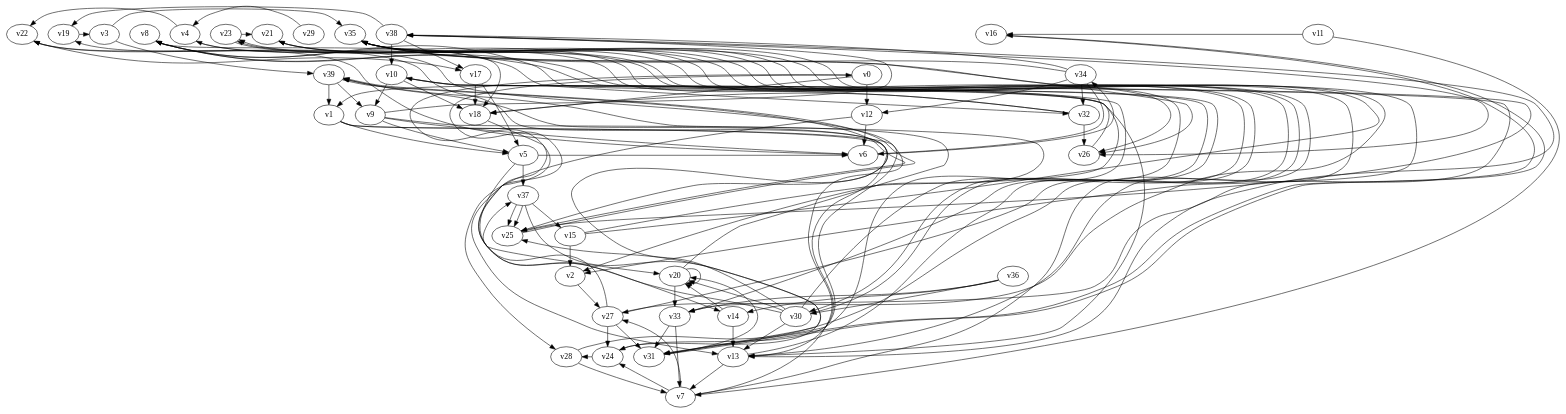
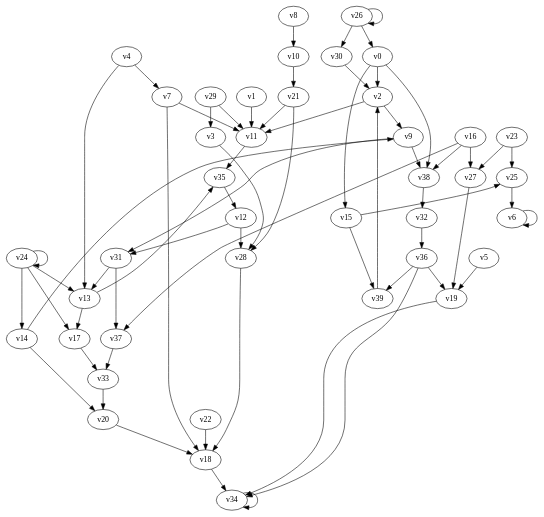
One commit to petejaustin/temporis changed the diagram in temporis_games/test058.dot. Above: the diagram before and after it, drawn with Graphviz. The commit also changed 313 other files, not shown here.

Commit message:
updated to work with all new architecture

```diff
--- a/temporis_games/test058.dot
+++ b/temporis_games/test058.dot
@@ -1,148 +1,109 @@
 // Benchmark game 58 - 40 vertices
+// time_bound: 8
+// targets: v19
 digraph G {
-    v0 [name="v0", player=0];
-    v1 [name="v1", player=1];
-    v2 [name="v2", player=0];
+    v0 [name="v0", player=1];
+    v1 [name="v1", player=0];
+    v2 [name="v2", player=1];
     v3 [name="v3", player=1];
     v4 [name="v4", player=1];
-    v5 [name="v5", player=1];
+    v5 [name="v5", player=0];
     v6 [name="v6", player=0];
     v7 [name="v7", player=1];
     v8 [name="v8", player=1];
-    v9 [name="v9", player=0, target=1];
+    v9 [name="v9", player=0];
     v10 [name="v10", player=0];
-    v11 [name="v11", player=1, target=1];
-    v12 [name="v12", player=1, target=1];
+    v11 [name="v11", player=1];
+    v12 [name="v12", player=0];
     v13 [name="v13", player=1];
-    v14 [name="v14", player=1, target=1];
+    v14 [name="v14", player=1];
     v15 [name="v15", player=0];
-    v16 [name="v16", player=0, target=1];
-    v17 [name="v17", player=1];
+    v16 [name="v16", player=1];
+    v17 [name="v17", player=0];
     v18 [name="v18", player=0];
-    v19 [name="v19", player=1];
-    v20 [name="v20", player=0];
+    v19 [name="v19", player=0, target=1];
+    v20 [name="v20", player=1];
     v21 [name="v21", player=0];
     v22 [name="v22", player=0];
-    v23 [name="v23", player=1];
+    v23 [name="v23", player=0];
     v24 [name="v24", player=0];
-    v25 [name="v25", player=1];
+    v25 [name="v25", player=0];
     v26 [name="v26", player=1];
     v27 [name="v27", player=1];
-    v28 [name="v28", player=0];
-    v29 [name="v29", player=1];
-    v30 [name="v30", player=0, target=1];
-    v31 [name="v31", player=1, target=1];
+    v28 [name="v28", player=1];
+    v29 [name="v29", player=0];
+    v30 [name="v30", player=1];
+    v31 [name="v31", player=0];
     v32 [name="v32", player=0];
-    v33 [name="v33", player=1];
-    v34 [name="v34", player=0];
+    v33 [name="v33", player=0];
+    v34 [name="v34", player=1];
     v35 [name="v35", player=0];
     v36 [name="v36", player=0];
-    v37 [name="v37", player=0];
+    v37 [name="v37", player=1];
     v38 [name="v38", player=0];
-    v39 [name="v39", player=1];
+    v39 [name="v39", player=0];
 
-    v0 -> v18;
-    v1 -> v5 [constraint="(time >= 4) && (time <= 15)"];
-    v2 -> v27;
-    v3 -> v35 [constraint="time % 3 == 0"];
-    v4 -> v26 [constraint="time % 6 == 3"];
-    v5 -> v37;
-    v6 -> v22 [constraint="time == 5"];
-    v7 -> v19 [constraint="time >= 15"];
-    v8 -> v18 [constraint="time % 5 == 3"];
-    v9 -> v38 [constraint="time == 15"];
-    v10 -> v18;
-    v11 -> v7 [constraint="(time >= 5) && (time <= 21)"];
-    v12 -> v28 [constraint="time == 13"];
-    v13 -> v7;
-    v14 -> v20 [constraint="time % 4 == 3"];
-    v15 -> v8 [constraint="time >= 8"];
-    v16 -> v31 [constraint="time % 3 == 0"];
-    v17 -> v18;
-    v18 -> v13 [constraint="time <= 18"];
-    v19 -> v3 [constraint="time % 4 == 2"];
-    v20 -> v20 [constraint="time == 14"];
-    v21 -> v27 [constraint="time == 1"];
-    v22 -> v17 [constraint="time == 7"];
-    v23 -> v21 [constraint="time % 2 == 1"];
-    v24 -> v28 [constraint="time == 18"];
-    v25 -> v10 [constraint="time % 2 == 1"];
-    v26 -> v8 [constraint="time % 2 == 0"];
-    v27 -> v24;
-    v28 -> v21 [constraint="time <= 22"];
-    v29 -> v4 [constraint="time % 6 == 1"];
-    v30 -> v23 [constraint="time % 3 == 2"];
-    v31 -> v25 [constraint="time <= 12"];
-    v32 -> v18 [constraint="time >= 15"];
-    v33 -> v23 [constraint="time == 6"];
-    v34 -> v35 [constraint="time >= 1"];
-    v35 -> v2 [constraint="time >= 13"];
-    v36 -> v33;
-    v37 -> v25 [constraint="time >= 1"];
-    v38 -> v10;
-    v39 -> v1;
-    v15 -> v2;
-    v7 -> v24 [constraint="time % 3 == 2"];
-    v17 -> v5;
-    v32 -> v26;
-    v34 -> v38 [constraint="time <= 8"];
-    v37 -> v25;
-    v38 -> v19 [constraint="time >= 7"];
-    v32 -> v1 [constraint="time == 14"];
-    v12 -> v6;
-    v36 -> v30 [constraint="time == 13"];
-    v5 -> v14 [constraint="(time >= 8) && (time <= 19)"];
-    v34 -> v32;
-    v1 -> v31 [constraint="time >= 6"];
-    v34 -> v6 [constraint="time == 18"];
-    v1 -> v25 [constraint="time >= 8"];
-    v23 -> v30 [constraint="time % 4 == 2"];
-    v9 -> v5;
-    v10 -> v13 [constraint="time <= 20"];
-    v37 -> v15;
-    v25 -> v39 [constraint="time >= 9"];
-    v36 -> v14;
-    v31 -> v16 [constraint="time == 10"];
-    v9 -> v2 [constraint="time == 18"];
-    v38 -> v26 [constraint="time <= 13"];
-    v13 -> v35 [constraint="time >= 9"];
-    v31 -> v20 [constraint="(time % 3 == 1) || (time % 5 == 2)"];
-    v5 -> v6 [constraint="time == 2"];
-    v24 -> v8 [constraint="time >= 3"];
-    v33 -> v7;
-    v28 -> v7;
-    v27 -> v31;
-    v33 -> v31;
-    v35 -> v26 [constraint="time == 9"];
-    v7 -> v27 [constraint="(time >= 5) && (time <= 23)"];
-    v20 -> v39 [constraint="time <= 23"];
-    v10 -> v9;
-    v13 -> v39 [constraint="(time % 4 == 1) || (time % 4 == 1)"];
-    v13 -> v21 [constraint="time <= 9"];
-    v10 -> v33 [constraint="time >= 8"];
-    v0 -> v20 [constraint="time == 4"];
-    v30 -> v4 [constraint="(time % 4 == 0) || (time % 3 == 2)"];
-    v6 -> v34 [constraint="time == 3"];
-    v3 -> v39 [constraint="time == 5"];
-    v4 -> v22 [constraint="time % 3 == 1"];
-    v0 -> v12;
-    v27 -> v37 [constraint="time >= 6"];
-    v39 -> v25 [constraint="time <= 22"];
-    v34 -> v12;
-    v9 -> v6 [constraint="time >= 5"];
-    v11 -> v16 [constraint="time % 3 == 2"];
-    v37 -> v24 [constraint="time == 18"];
-    v38 -> v17 [constraint="(time >= 10) && (time <= 25)"];
-    v30 -> v13;
-    v14 -> v13;
-    v39 -> v9;
-    v30 -> v0 [constraint="time == 1"];
-    v8 -> v32 [constraint="time >= 7"];
-    v30 -> v20 [constraint="time == 3"];
-    v15 -> v35 [constraint="time == 12"];
-    v30 -> v22 [constraint="time == 16"];
-    v20 -> v33;
-    v38 -> v13 [constraint="(time >= 5) && (time <= 17)"];
-    v27 -> v35 [constraint="time == 8"];
-    v7 -> v35 [constraint="time <= 25"];
+    v0 -> v38;
+    v1 -> v11;
+    v2 -> v11;
+    v3 -> v28 [constraint="t >= 5"];
+    v4 -> v7;
+    v5 -> v19;
+    v6 -> v6;
+    v7 -> v11;
+    v8 -> v10;
+    v9 -> v31 [constraint="t >= 5"];
+    v10 -> v21;
+    v11 -> v35;
+    v12 -> v28;
+    v13 -> v35 [constraint="t >= 3"];
+    v14 -> v9 [constraint="t < 8"];
+    v15 -> v25 [constraint="t >= 4"];
+    v16 -> v37 [constraint="t mod 2 == 1"];
+    v17 -> v33;
+    v18 -> v34;
+    v19 -> v34;
+    v20 -> v18;
+    v21 -> v28;
+    v22 -> v18;
+    v23 -> v27;
+    v24 -> v24 [constraint="t >= 4"];
+    v25 -> v6;
+    v26 -> v30;
+    v27 -> v19;
+    v28 -> v18;
+    v29 -> v3;
+    v30 -> v2 [constraint="t >= 3"];
+    v31 -> v37;
+    v32 -> v36;
+    v33 -> v20;
+    v34 -> v34 [constraint="t < 11"];
+    v35 -> v12;
+    v36 -> v34 [constraint="t mod 5 == 4"];
+    v37 -> v33;
+    v38 -> v32;
+    v39 -> v2;
+    v29 -> v11;
+    v14 -> v20;
+    v4 -> v13;
+    v31 -> v13;
+    v36 -> v39;
+    v0 -> v2;
+    v24 -> v13;
+    v7 -> v18;
+    v0 -> v15;
+    v21 -> v11;
+    v24 -> v14;
+    v23 -> v25;
+    v2 -> v9;
+    v9 -> v38;
+    v15 -> v39;
+    v16 -> v27;
+    v36 -> v19;
+    v13 -> v17;
+    v26 -> v0;
+    v26 -> v26;
+    v24 -> v17;
+    v12 -> v31;
+    v16 -> v38;
 }
```
